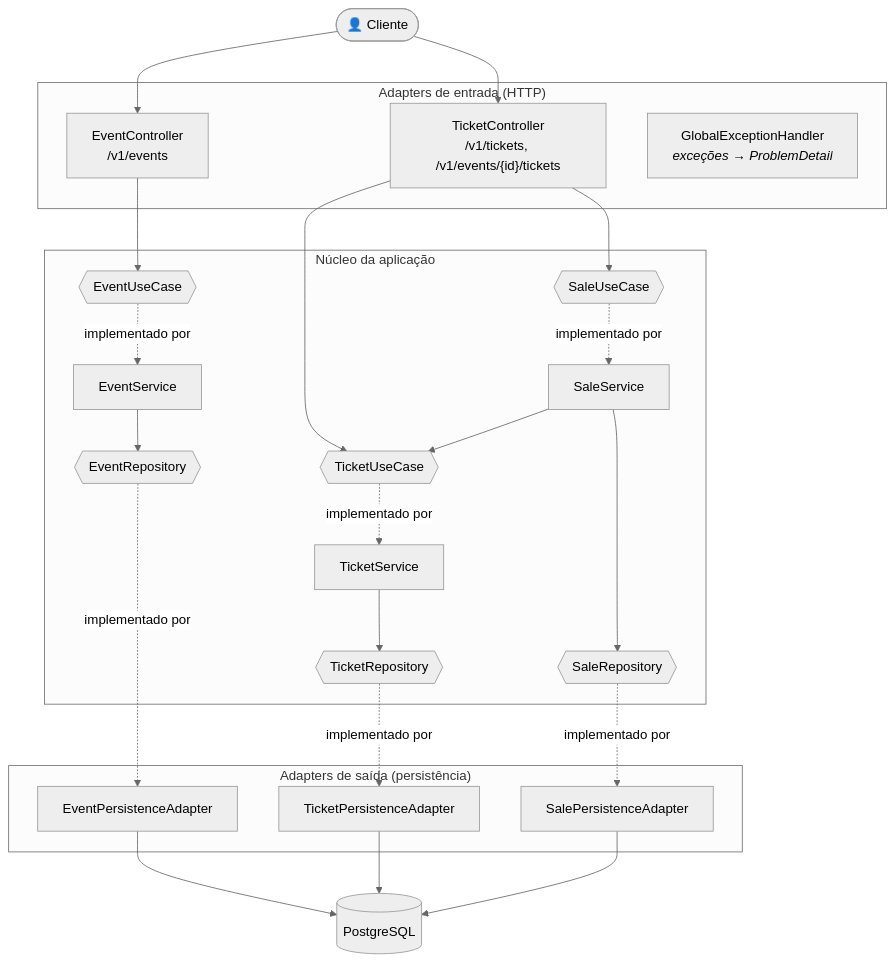
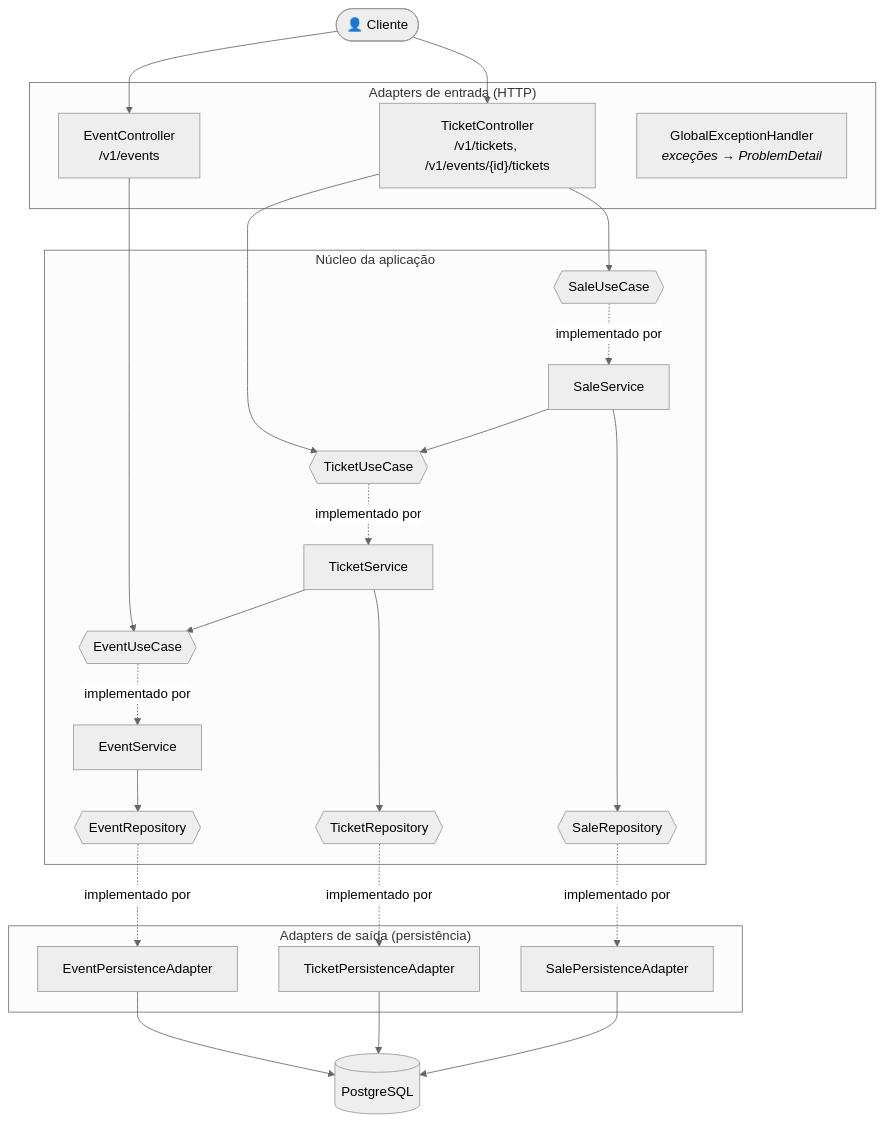
Before and after one commit to rogerbertan/reactive-ticketing-api: the third of 3 diagrams in docs/architecture.md, drawn with Mermaid (neutral theme). The commit also changed other lines of this file and 2 other files, not shown here.

Commit message:
docs: document the new validation errors in api flows and architecture

````diff
--- a/docs/architecture.md
+++ b/docs/architecture.md
@@ -50,45 +50,46 @@
 ```mermaid
 flowchart TB
     client(["👤 Cliente"])
 
     subgraph in["Adapters de entrada (HTTP)"]
         ec["EventController<br/>/v1/events"]
         tc["TicketController<br/>/v1/tickets, /v1/events/{id}/tickets"]
         geh["GlobalExceptionHandler<br/><i>exceções → ProblemDetail</i>"]
     end
 
     subgraph core["Núcleo da aplicação"]
         euc{{"EventUseCase"}}
         tuc{{"TicketUseCase"}}
         suc{{"SaleUseCase"}}
         es["EventService"]
         ts["TicketService"]
         ss["SaleService"]
         er{{"EventRepository"}}
         tr{{"TicketRepository"}}
         sr{{"SaleRepository"}}
     end
 
     subgraph out["Adapters de saída (persistência)"]
         epa["EventPersistenceAdapter"]
         tpa["TicketPersistenceAdapter"]
         spa["SalePersistenceAdapter"]
     end
 
     db[("PostgreSQL")]
 
     client --> ec & tc
     ec --> euc
     tc --> tuc & suc
     euc -. implementado por .-> es
     tuc -. implementado por .-> ts
     suc -. implementado por .-> ss
     ss --> tuc
+    ts --> euc
     es --> er
     ts --> tr
     ss --> sr
     er -. implementado por .-> epa
     tr -. implementado por .-> tpa
     sr -. implementado por .-> spa
     epa & tpa & spa --> db
 ```
````
